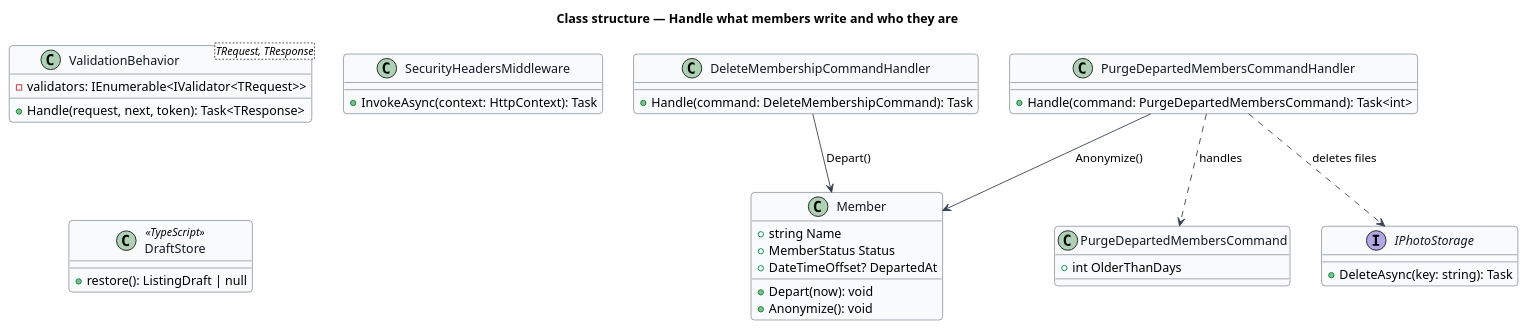
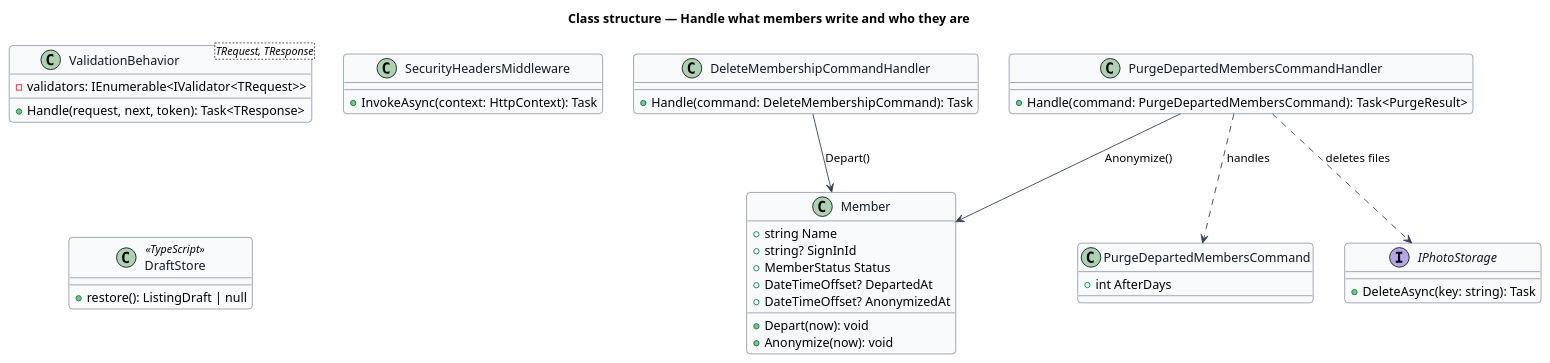
Before and after one commit to QuinntyneBrown/christian-rent: the diagram in docs/detailed-designs/platform/handle-member-data/diagrams/class-structure.puml, drawn with PlantUML. The commit also changed 19 other files, not shown here.

```diff
--- a/docs/detailed-designs/platform/handle-member-data/diagrams/class-structure.puml
+++ b/docs/detailed-designs/platform/handle-member-data/diagrams/class-structure.puml
@@ -1,49 +1,51 @@
 @startuml
 ' --- shared skin header ---
 skinparam backgroundColor #FFFFFF
 skinparam shadowing false
 skinparam roundcorner 8
 skinparam defaultFontName Arial
 skinparam ArrowColor #344054
 skinparam class {
   BorderColor #344054
   FontColor #101828
   BackgroundColor #F9FAFB
 }
 ' --------------------------
 title Class structure — Handle what members write and who they are
 
 class "ValidationBehavior<TRequest, TResponse>" as VB {
   -validators: IEnumerable<IValidator<TRequest>>
   +Handle(request, next, token): Task<TResponse>
 }
 class SecurityHeadersMiddleware {
   +InvokeAsync(context: HttpContext): Task
 }
 class Member {
   +string Name
+  +string? SignInId
   +MemberStatus Status
   +DateTimeOffset? DepartedAt
+  +DateTimeOffset? AnonymizedAt
   +Depart(now): void
-  +Anonymize(): void
+  +Anonymize(now): void
 }
 class DeleteMembershipCommandHandler {
   +Handle(command: DeleteMembershipCommand): Task
 }
 class PurgeDepartedMembersCommand {
-  +int OlderThanDays
+  +int AfterDays
 }
 class PurgeDepartedMembersCommandHandler {
-  +Handle(command: PurgeDepartedMembersCommand): Task<int>
+  +Handle(command: PurgeDepartedMembersCommand): Task<PurgeResult>
 }
 interface IPhotoStorage {
   +DeleteAsync(key: string): Task
 }
 class DraftStore <<TypeScript>> {
   +restore(): ListingDraft | null
 }
 DeleteMembershipCommandHandler --> Member : Depart()
 PurgeDepartedMembersCommandHandler ..> PurgeDepartedMembersCommand : handles
 PurgeDepartedMembersCommandHandler --> Member : Anonymize()
 PurgeDepartedMembersCommandHandler ..> IPhotoStorage : deletes files
 @enduml
```
